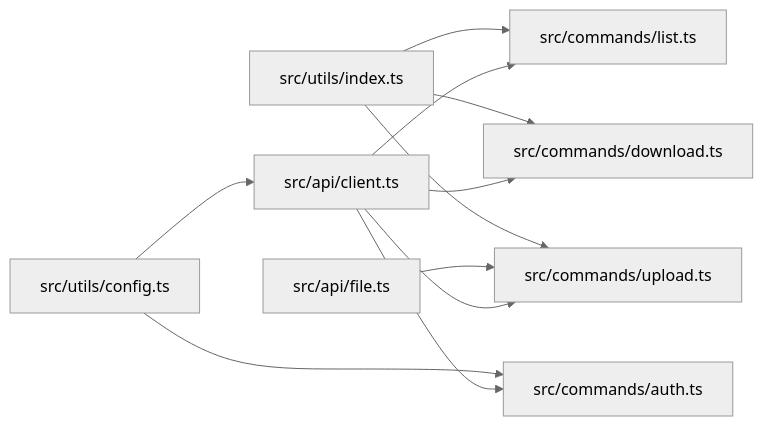
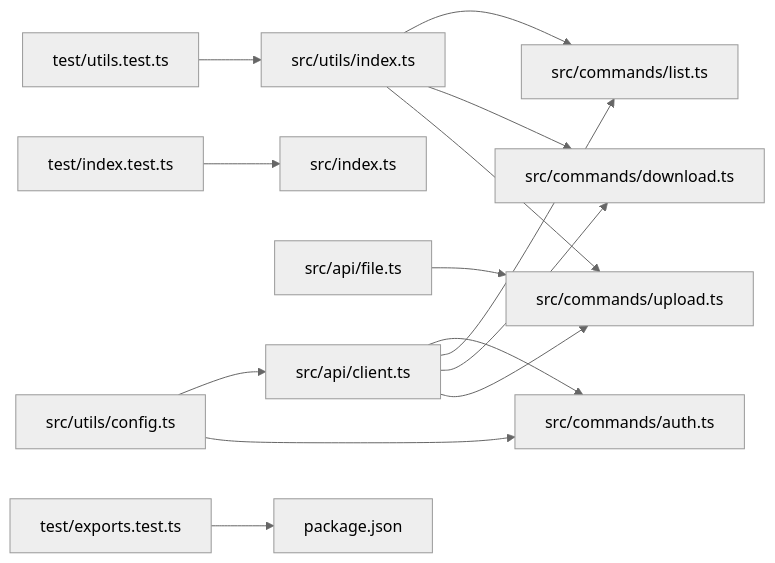
Before and after one commit to yuexiaoliang/baiduwangpan-manager: the sixth of 6 diagrams in .qoder/repowiki/en/content/Utility Functions.md, drawn with Mermaid (neutral theme). The commit also changed other lines of this file and 30 other files, not shown here.

````diff
--- a/.qoder/repowiki/en/content/Utility Functions.md
+++ b/.qoder/repowiki/en/content/Utility Functions.md
@@ -311,13 +391,16 @@
 ```mermaid
 graph LR
 UTIL_INDEX["src/utils/index.ts"] --> CMD_UPLOAD["src/commands/upload.ts"]
 UTIL_INDEX --> CMD_DOWNLOAD["src/commands/download.ts"]
 UTIL_INDEX --> CMD_LIST["src/commands/list.ts"]
 UTIL_CONFIG["src/utils/config.ts"] --> CMD_AUTH["src/commands/auth.ts"]
 UTIL_CONFIG --> API_CLIENT["src/api/client.ts"]
 API_FILE["src/api/file.ts"] --> CMD_UPLOAD
 API_CLIENT --> CMD_UPLOAD
 API_CLIENT --> CMD_DOWNLOAD
 API_CLIENT --> CMD_LIST
 API_CLIENT --> CMD_AUTH
+TEST_UTILS["test/utils.test.ts"] --> UTIL_INDEX
+TEST_INDEX["test/index.test.ts"] --> SRC_INDEX["src/index.ts"]
+TEST_EXPORTS["test/exports.test.ts"] --> PACKAGE["package.json"]
 ```
````
